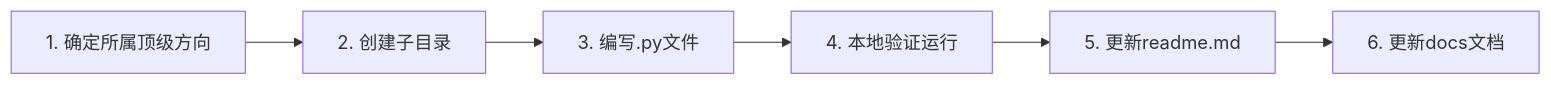
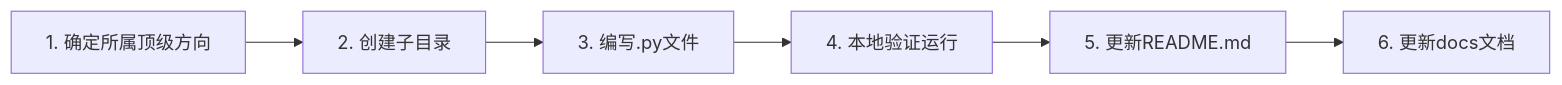
One commit to Wunseol/python-data-mining changed the diagram in CONTRIBUTING.md. Above: the diagram before and after it, drawn with Mermaid. The commit also changed other lines of this file and 34 other files, not shown here.

````diff
--- a/CONTRIBUTING.md
+++ b/CONTRIBUTING.md
@@ -124,8 +124,8 @@
 ```mermaid
 flowchart LR
     A["1. 确定所属顶级方向"] --> B["2. 创建子目录"]
     B --> C["3. 编写.py文件"]
     C --> D["4. 本地验证运行"]
-    D --> E["5. 更新readme.md"]
+    D --> E["5. 更新README.md"]
     E --> F["6. 更新docs文档"]
 ```
````
